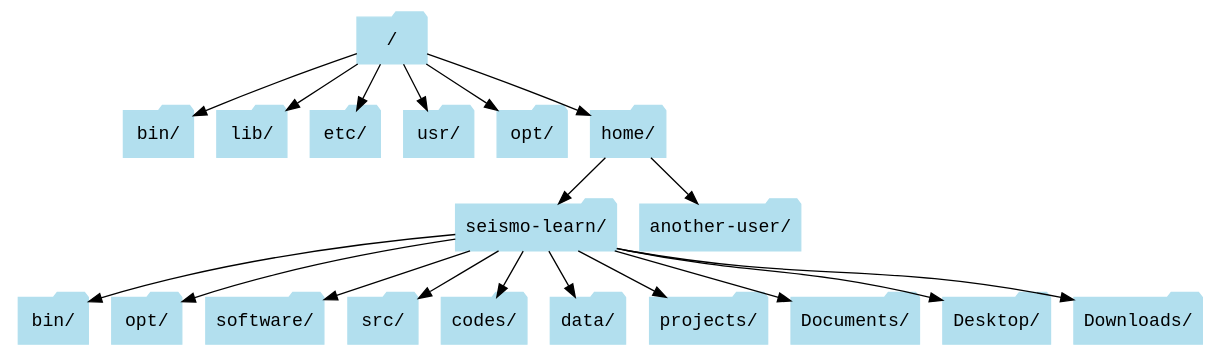
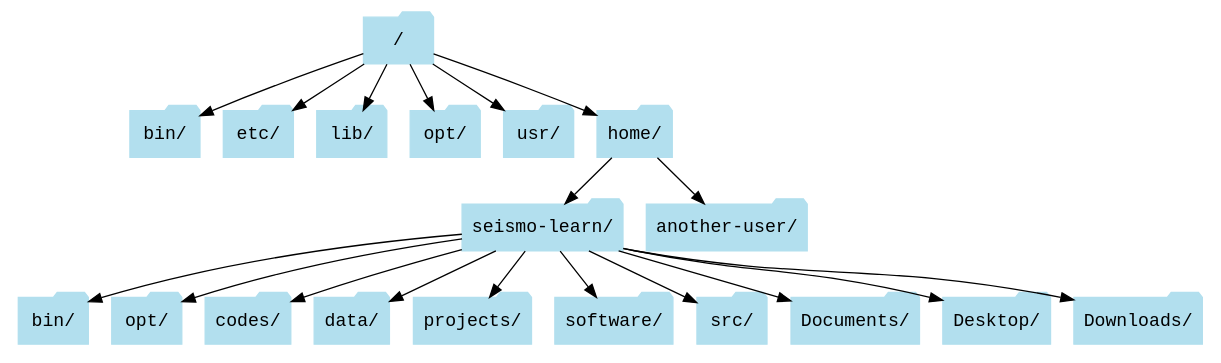
Before and after one commit to seismo-learn/seismology101: the diagram in source/computer/linux-file-system-tree.dot, drawn with Graphviz. The commit also changed other lines of this file and 1 other file, not shown here.

```diff
--- a/source/computer/linux-file-system-tree.dot
+++ b/source/computer/linux-file-system-tree.dot
@@ -1,32 +1,32 @@
 # .dot file for graphviz
 #
 # Run the following command to convert it to PNG
 #	dot linux-file-system-tree.dot -Tpng -Gdpi=200 -o linux-file-system-tree.png
 #
 digraph UnixFileSystem {
     # global properties
     size="10,10";
     node [color=lightblue2, style=filled, shape=folder, fontname="Courier New"];
     # nodes
     "~/bin/" [label="bin/"];
     "~/opt/" [label="opt/"];
     # connections
     "/" -> "bin/";
+    "/" -> "etc/"
     "/" -> "lib/";
-    "/" -> "etc/"
+    "/" -> "opt/";
     "/" -> "usr/";
-    "/" -> "opt/";
     "/" -> "home/";
     "home/" -> "seismo-learn/";
     "home/" -> "another-user/";
     "seismo-learn/" -> "~/bin/";
+    "seismo-learn/" -> "codes/";
+    "seismo-learn/" -> "data/";
     "seismo-learn/" -> "~/opt/";
+    "seismo-learn/" -> "projects/";
     "seismo-learn/" -> "software/";
     "seismo-learn/" -> "src/";
-    "seismo-learn/" -> "codes/";
-    "seismo-learn/" -> "data/";
-    "seismo-learn/" -> "projects/";
     "seismo-learn/" -> "Documents/";
     "seismo-learn/" -> "Desktop/";
     "seismo-learn/" -> "Downloads/";
 }
```
